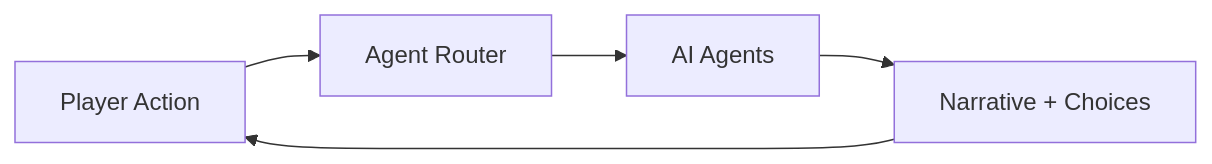
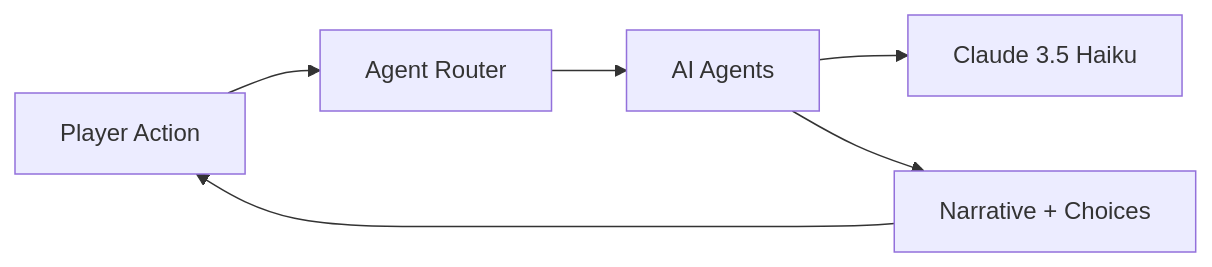
The diagram in README.md (darth-dodo/pocket-portals), drawn with Mermaid before and after one commit. The commit also changed other lines of this file, not shown here.

````diff
--- a/README.md
+++ b/README.md
@@ -91,7 +119,8 @@
 ```mermaid
 flowchart LR
-    Player["Player Action"] --> Router["Agent Router"]
-    Router --> Agents["AI Agents"]
-    Agents --> Story["Narrative + Choices"]
+    Player[Player Action] --> Router[Agent Router]
+    Router --> Agents[AI Agents]
+    Agents --> Claude[Claude 3.5 Haiku]
+    Agents --> Story[Narrative + Choices]
     Story --> Player
 ```
````
